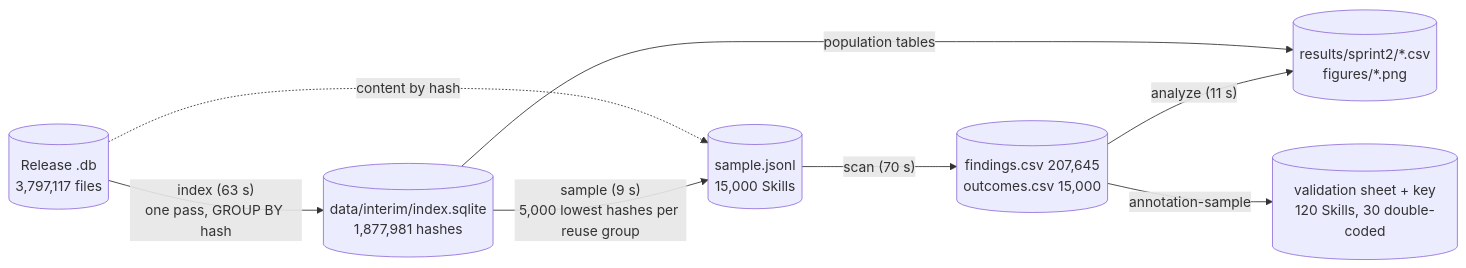
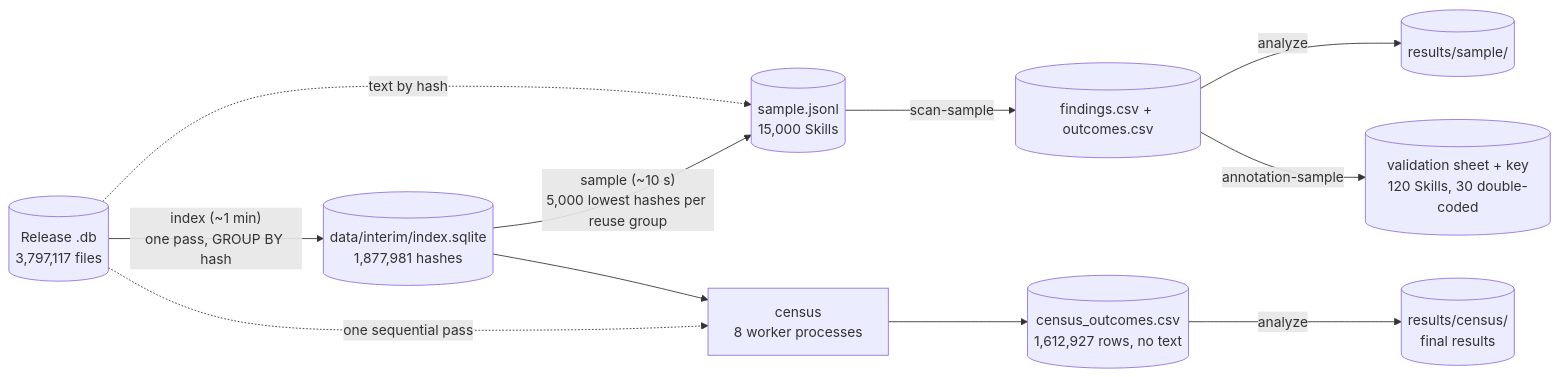
The third of 4 diagrams in docs/architecture/README.md (Ibrahimatatri/SWE-330-and-380), drawn with Mermaid before and after one commit. The commit also changed other lines of this file and 15 other files, not shown here.

Commit message:
Final architecture views and ADRs 0010-0011

````diff
--- a/docs/architecture/README.md
+++ b/docs/architecture/README.md
@@ -66,10 +69,13 @@
 ```mermaid
 flowchart LR
-    db[("Release .db<br/>3,797,117 files")] -->|"index (63 s)<br/>one pass, GROUP BY hash"| idx[("data/interim/index.sqlite<br/>1,877,981 hashes")]
-    idx -->|"sample (9 s)<br/>5,000 lowest hashes per reuse group"| smp[("sample.jsonl<br/>15,000 Skills")]
-    db -. "content by hash" .-> smp
-    smp -->|"scan (70 s)"| fnd[("findings.csv 207,645<br/>outcomes.csv 15,000")]
-    fnd -->|"analyze (11 s)"| res[("results/sprint2/*.csv<br/>figures/*.png")]
-    idx -->|population tables| res
+    db[("Release .db<br/>3,797,117 files")] -->|"index (~1 min)<br/>one pass, GROUP BY hash"| idx[("data/interim/index.sqlite<br/>1,877,981 hashes")]
+    idx -->|"sample (~10 s)<br/>5,000 lowest hashes per reuse group"| smp[("sample.jsonl<br/>15,000 Skills")]
+    db -. "text by hash" .-> smp
+    smp -->|"scan-sample"| fnd[("findings.csv + outcomes.csv")]
+    fnd -->|analyze| ress[("results/sample/")]
     fnd -->|annotation-sample| val[("validation sheet + key<br/>120 Skills, 30 double-coded")]
+    db -. "one sequential pass" .-> cen["census<br/>8 worker processes"]
+    idx --> cen
+    cen --> cout[("census_outcomes.csv<br/>1,612,927 rows, no text")]
+    cout -->|analyze| resc[("results/census/<br/>final results")]
 ```
````
